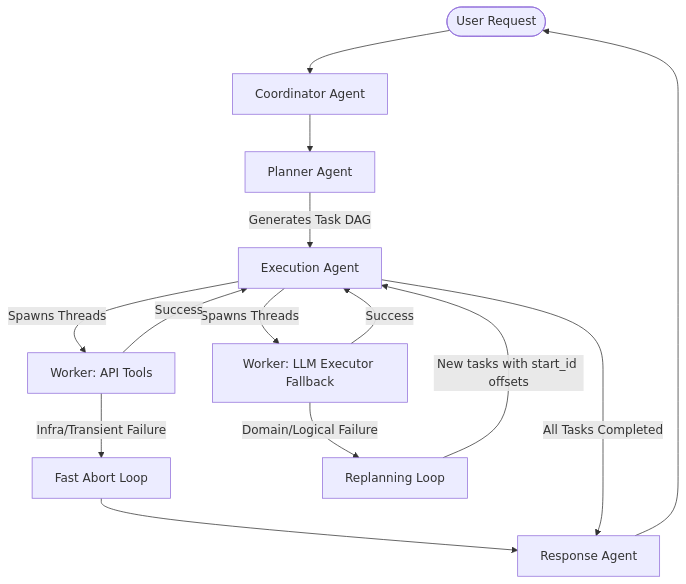
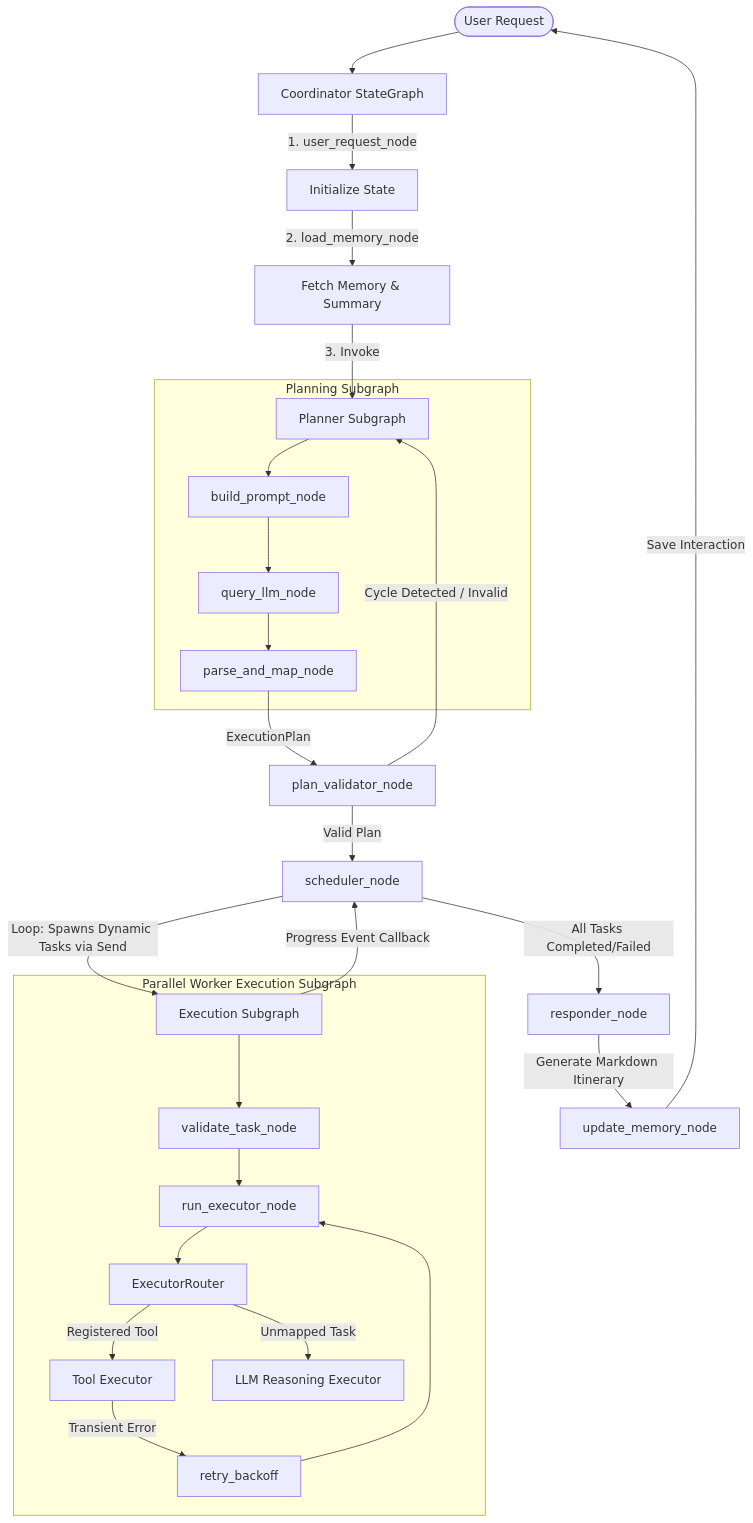
Before and after one commit to kishormaity/Travel_Agent: the diagram in README.md, drawn with Mermaid. The commit also changed other lines of this file and 28 other files, not shown here.

Commit message:
refactor: migrate full codebase to native LangChain tools, LangGraph StateGraph, and Groq LLM fallbacks

````diff
--- a/README.md
+++ b/README.md
@@ -38,21 +39,38 @@
 ```mermaid
 graph TD
-    User([User Request]) --> Coordinator[Coordinator Agent]
-    Coordinator --> PlannerAgent[Planner Agent]
-    PlannerAgent -->|Generates Task DAG| ExecAgent[Execution Agent]
+    User([User Request]) --> Coord[Coordinator StateGraph]
+    Coord -->|1. user_request_node| InitState[Initialize State]
+    InitState -->|2. load_memory_node| LoadMem[Fetch Memory & Summary]
+    LoadMem -->|3. Invoke| PlanSub[Planner Subgraph]
     
-    ExecAgent -->|Spawns Threads| W1[Worker: API Tools]
-    ExecAgent -->|Spawns Threads| W2[Worker: LLM Executor Fallback]
+    subgraph Planning Subgraph
+        PlanSub --> BuildPrompt[build_prompt_node]
+        BuildPrompt --> QueryLLM[query_llm_node]
+        QueryLLM --> ParseMap[parse_and_map_node]
+    end
     
-    W1 -->|Success| ExecAgent
-    W2 -->|Success| ExecAgent
+    ParseMap -->|ExecutionPlan| PlanVal[plan_validator_node]
     
-    W1 -->|Infra/Transient Failure| FastAbort[Fast Abort Loop]
-    W2 -->|Domain/Logical Failure| Replan[Replanning Loop]
+    PlanVal -->|Cycle Detected / Invalid| PlanSub
+    PlanVal -->|Valid Plan| Sched[scheduler_node]
     
-    Replan -->|New tasks with start_id offsets| ExecAgent
-    FastAbort --> Responder[Response Agent]
-    ExecAgent -->|All Tasks Completed| Responder
+    Sched -->|Loop: Spawns Dynamic Tasks via Send| ExecSub[Execution Subgraph]
     
-    Responder --> User
+    subgraph Parallel Worker Execution Subgraph
+        ExecSub --> ValTask[validate_task_node]
+        ValTask --> RunExec[run_executor_node]
+        RunExec --> ExecRouter[ExecutorRouter]
+        
+        ExecRouter -->|Registered Tool| ToolExec[Tool Executor]
+        ExecRouter -->|Unmapped Task| LLMExec[LLM Reasoning Executor]
+        
+        ToolExec -->|Transient Error| Backoff[retry_backoff]
+        Backoff --> RunExec
+    end
+    
+    ExecSub -->|Progress Event Callback| Sched
+    Sched -->|All Tasks Completed/Failed| Resp[responder_node]
+    
+    Resp -->|Generate Markdown Itinerary| UpdateMem[update_memory_node]
+    UpdateMem -->|Save Interaction| User
 ```
````
